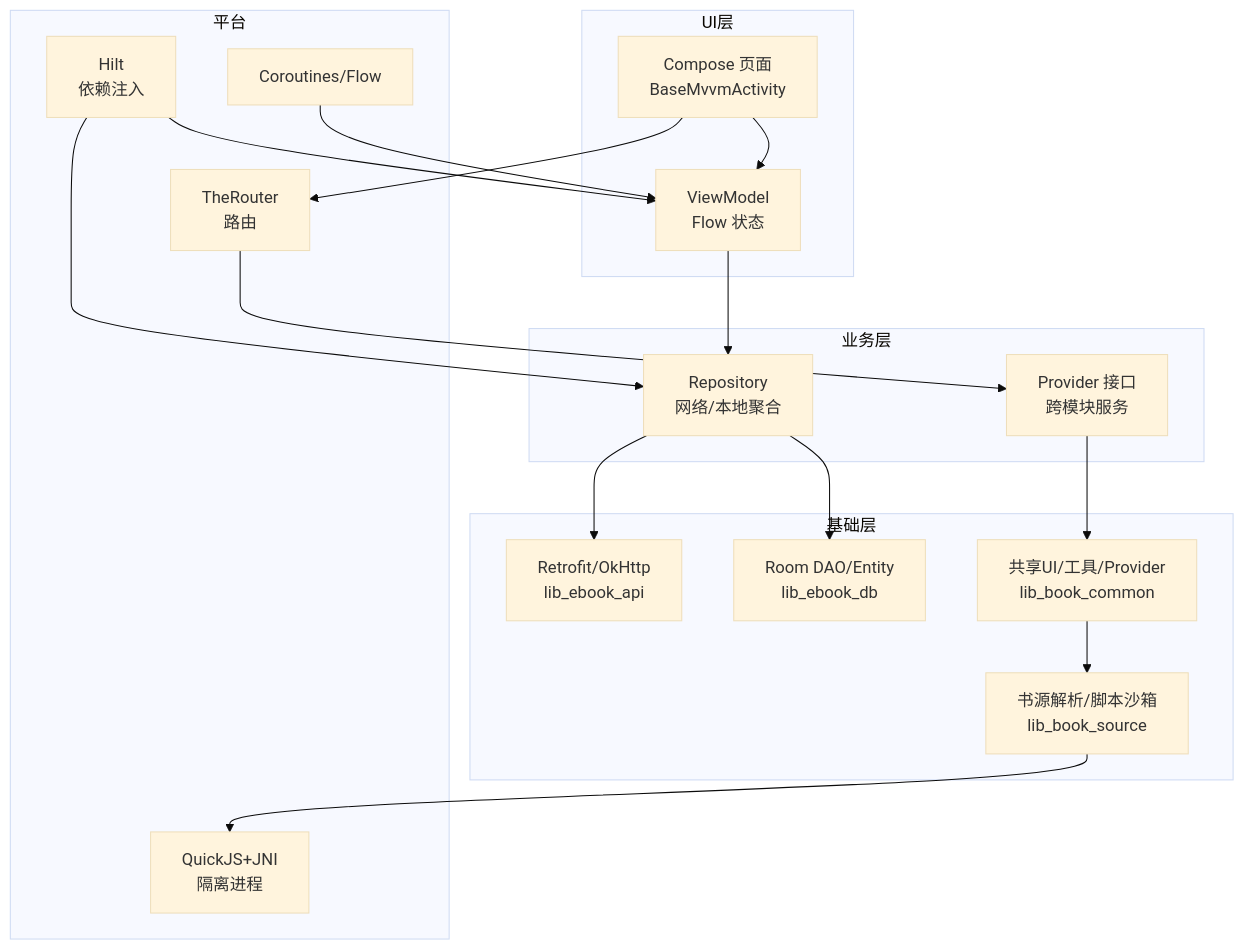
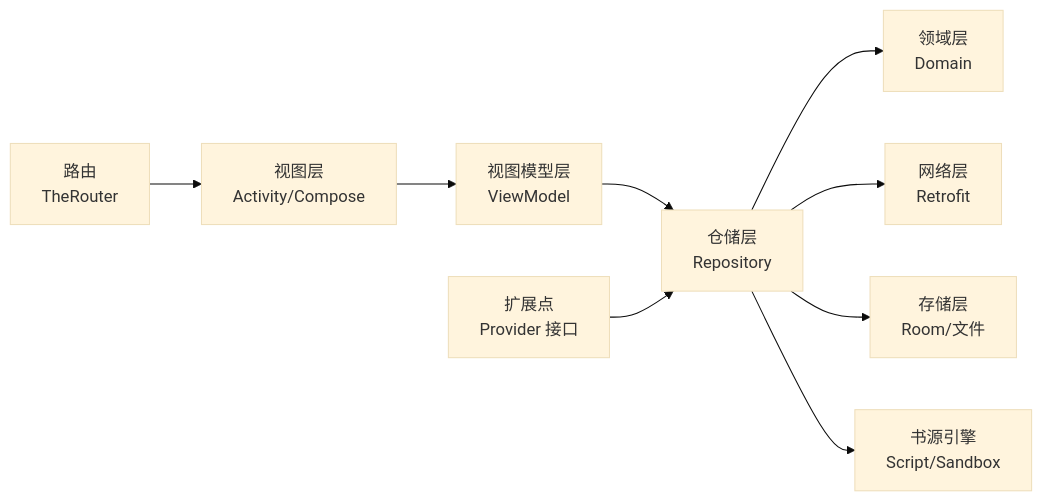
Before and after one commit to xrn1997/android-ebook: the second of 10 diagrams in .qoder/repowiki/zh/content/架构设计/架构设计.md, drawn with Mermaid (base theme). The commit also changed other lines of this file and 456 other files, not shown here.

````diff
--- a/.qoder/repowiki/zh/content/架构设计/架构设计.md
+++ b/.qoder/repowiki/zh/content/架构设计/架构设计.md
@@ -90,35 +134,11 @@
 ```mermaid
-graph TB
-    subgraph "UI层"
-        V1["Compose 页面<br/>BaseMvvmActivity"]
-        VM1["ViewModel<br/>Flow 状态"]
-    end
-    subgraph "业务层"
-        R1["Repository<br/>网络/本地聚合"]
-        P1["Provider 接口<br/>跨模块服务"]
-    end
-    subgraph "基础层"
-        API["Retrofit/OkHttp<br/>lib_ebook_api"]
-        DB["Room DAO/Entity<br/>lib_ebook_db"]
-        COMMON["共享UI/工具/Provider<br/>lib_book_common"]
-        SRC["书源解析/脚本沙箱<br/>lib_book_source"]
-    end
-    subgraph "平台"
-        ROUTER["TheRouter<br/>路由"]
-        HILT["Hilt<br/>依赖注入"]
-        ASYNC["Coroutines/Flow"]
-        SANDBOX["QuickJS+JNI<br/>隔离进程"]
-    end
-
-    V1 --> VM1 --> R1
-    R1 --> API
-    R1 --> DB
-    V1 --> ROUTER
-    ROUTER --> P1
-    P1 --> COMMON
-    COMMON --> SRC
-    SRC --> SANDBOX
-    HILT --> VM1
-    HILT --> R1
-    ASYNC --> VM1
+graph LR
+    VIEW["视图层<br/>Activity/Compose"] --> VM["视图模型层<br/>ViewModel"]
+    VM --> REPO["仓储层<br/>Repository"]
+    REPO --> DOMAIN["领域层<br/>Domain"]
+    REPO --> NET["网络层<br/>Retrofit"]
+    REPO --> STORE["存储层<br/>Room/文件"]
+    REPO --> SRC["书源引擎<br/>Script/Sandbox"]
+    ROUTE["路由<br/>TheRouter"] --> VIEW
+    PROVIDER["扩展点<br/>Provider 接口"] --> REPO
 ```
````
